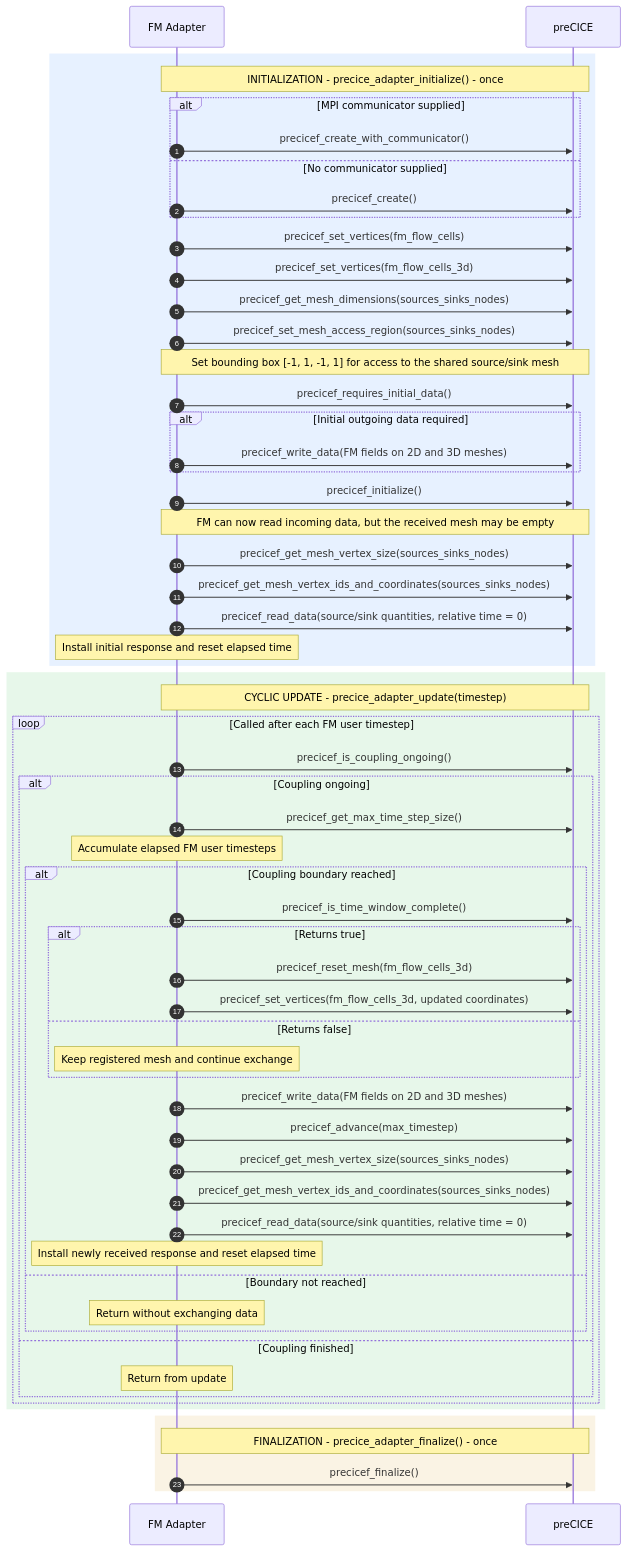
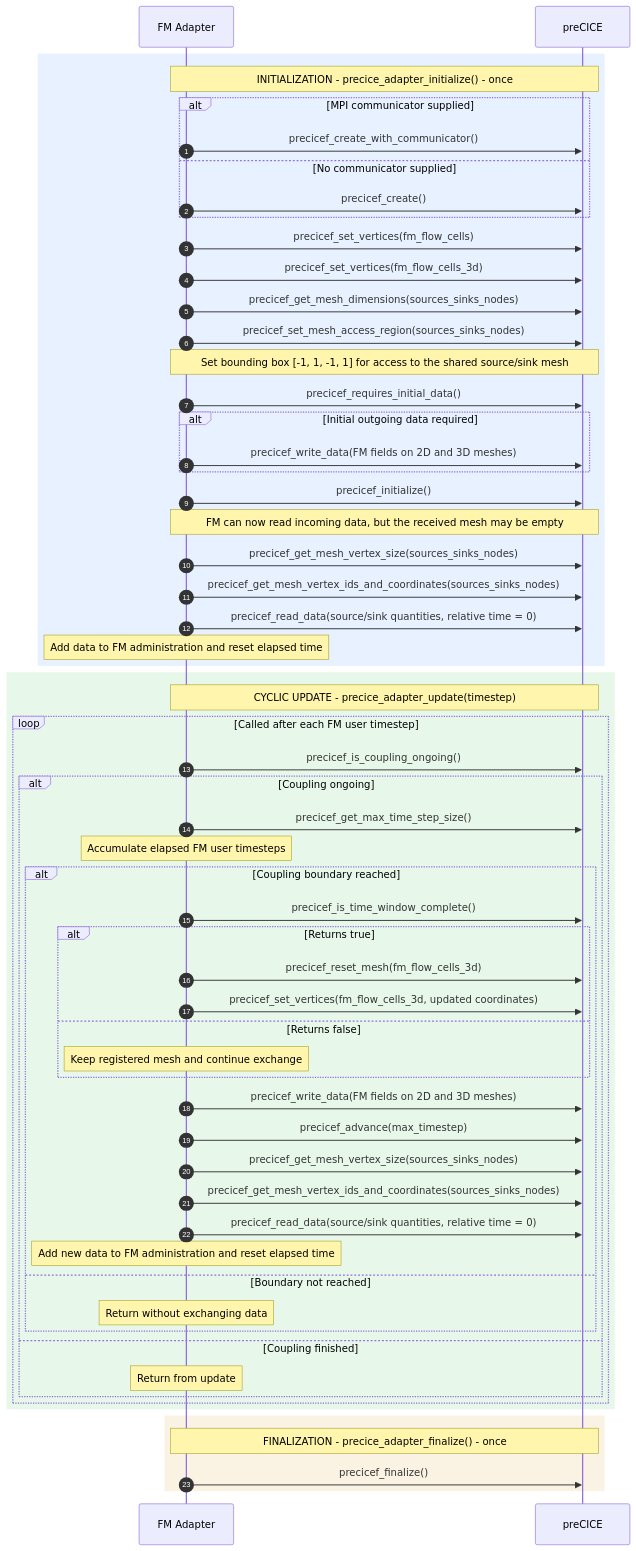
Before and after one commit to Deltares/Delft3D: the diagram in src/engines_gpl/dflowfm/docs/include/FM_preCICE_adapter_sequence_diagram.mmd, drawn with Mermaid. The commit also changed 3 other files, not shown here.

```diff
--- a/src/engines_gpl/dflowfm/docs/include/FM_preCICE_adapter_sequence_diagram.mmd
+++ b/src/engines_gpl/dflowfm/docs/include/FM_preCICE_adapter_sequence_diagram.mmd
@@ -1,63 +1,63 @@
 sequenceDiagram
     autonumber
     participant FM as FM Adapter
     participant P as preCICE
 
     rect rgba(56, 139, 253, 0.12)
     Note over FM,P: INITIALIZATION - precice_adapter_initialize() - once
     alt MPI communicator supplied
         FM->>P: precicef_create_with_communicator()
     else No communicator supplied
         FM->>P: precicef_create()
     end
     FM->>P: precicef_set_vertices(fm_flow_cells)
     FM->>P: precicef_set_vertices(fm_flow_cells_3d)
     FM->>P: precicef_get_mesh_dimensions(sources_sinks_nodes)
     FM->>P: precicef_set_mesh_access_region(sources_sinks_nodes)
     Note over FM,P: Set bounding box [-1, 1, -1, 1] for access to the shared source/sink mesh
     FM->>P: precicef_requires_initial_data()
     alt Initial outgoing data required
         FM->>P: precicef_write_data(FM fields on 2D and 3D meshes)
     end
     FM->>P: precicef_initialize()
     Note over FM,P: FM can now read incoming data, but the received mesh may be empty
     FM->>P: precicef_get_mesh_vertex_size(sources_sinks_nodes)
     FM->>P: precicef_get_mesh_vertex_ids_and_coordinates(sources_sinks_nodes)
     FM->>P: precicef_read_data(source/sink quantities, relative time = 0)
-    Note over FM: Install initial response and reset elapsed time
+    Note over FM: Add data to FM administration and reset elapsed time
     end
 
     rect rgba(63, 185, 80, 0.12)
     Note over FM,P: CYCLIC UPDATE - precice_adapter_update(timestep)
     loop Called after each FM user timestep
         FM->>P: precicef_is_coupling_ongoing()
         alt Coupling ongoing
             FM->>P: precicef_get_max_time_step_size()
             Note over FM: Accumulate elapsed FM user timesteps
             alt Coupling boundary reached
                 FM->>P: precicef_is_time_window_complete()
                 alt Returns true
                     FM->>P: precicef_reset_mesh(fm_flow_cells_3d)
                     FM->>P: precicef_set_vertices(fm_flow_cells_3d, updated coordinates)
                 else Returns false
                     Note over FM: Keep registered mesh and continue exchange
                 end
                 FM->>P: precicef_write_data(FM fields on 2D and 3D meshes)
                 FM->>P: precicef_advance(max_timestep)
                 FM->>P: precicef_get_mesh_vertex_size(sources_sinks_nodes)
                 FM->>P: precicef_get_mesh_vertex_ids_and_coordinates(sources_sinks_nodes)
                 FM->>P: precicef_read_data(source/sink quantities, relative time = 0)
-                Note over FM: Install newly received response and reset elapsed time
+                Note over FM: Add new data to FM administration and reset elapsed time
             else Boundary not reached
                 Note over FM: Return without exchanging data
             end
         else Coupling finished
             Note over FM: Return from update
         end
     end
     end
 
     rect rgba(210, 153, 34, 0.12)
     Note over FM,P: FINALIZATION - precice_adapter_finalize() - once
     FM->>P: precicef_finalize()
     end
```
